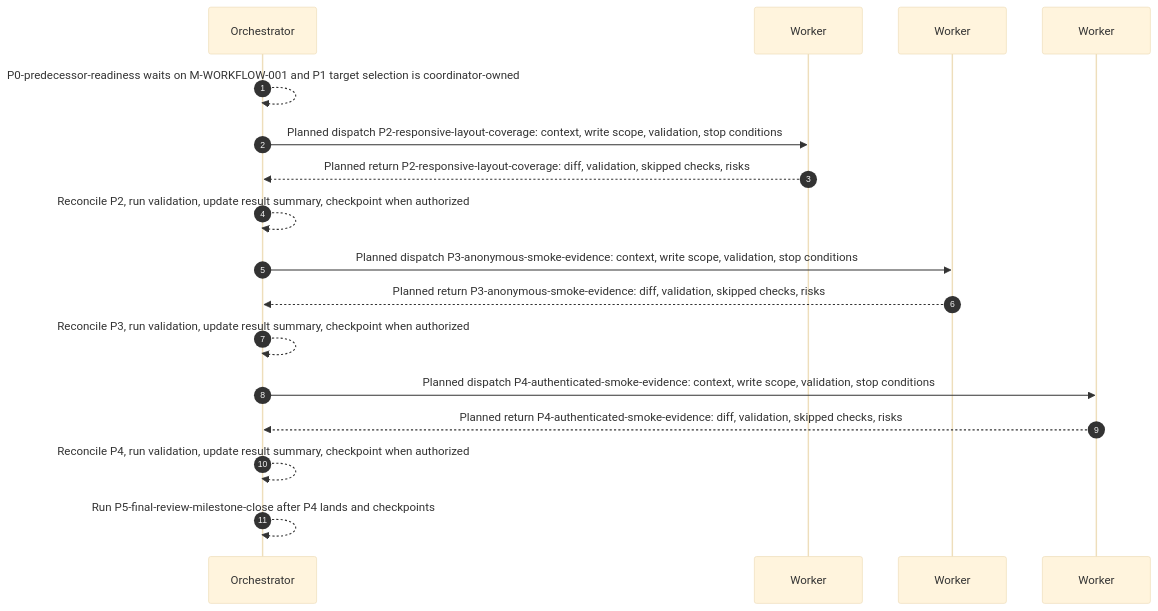
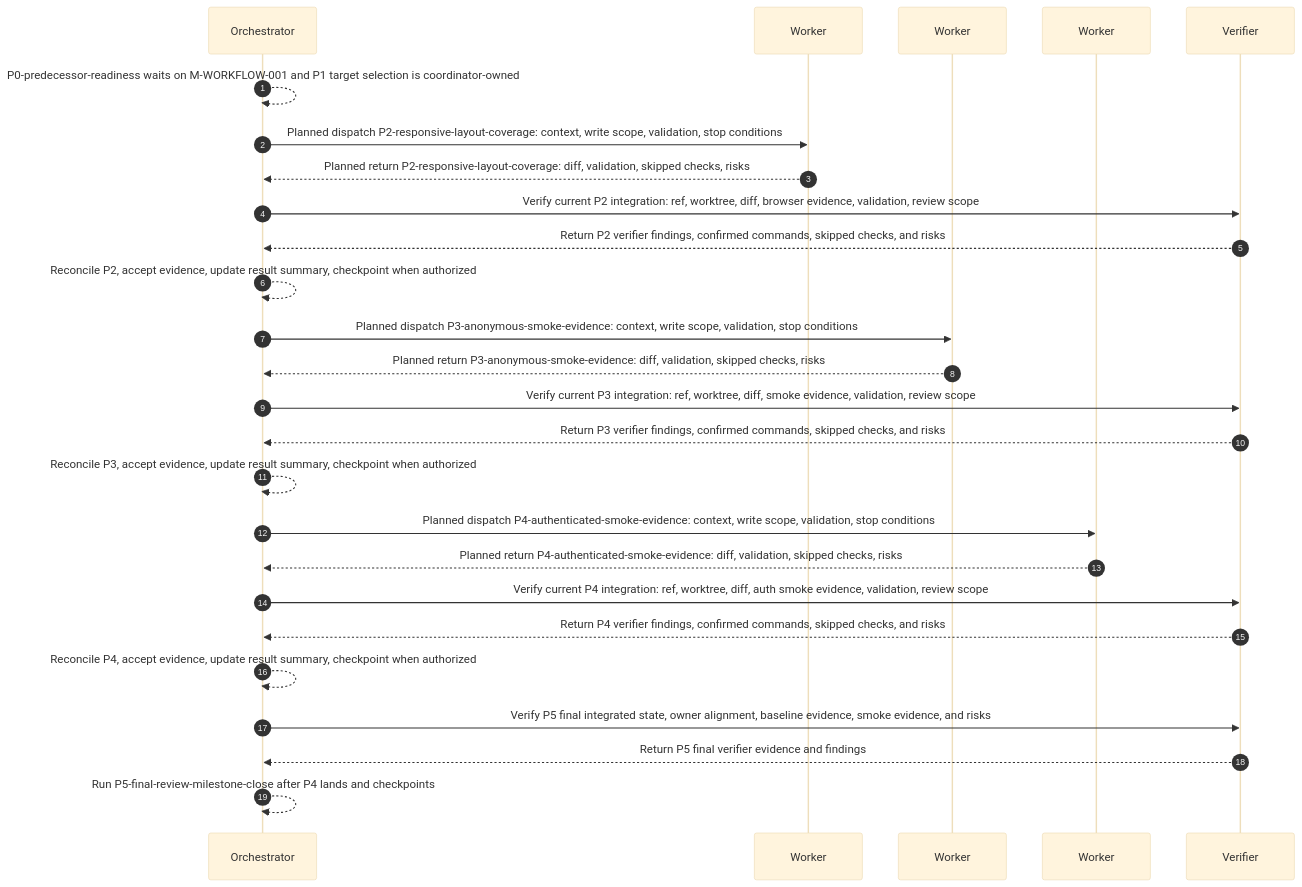
Before and after one commit to kamkie/technical-interview-frontend: the diagram in .agents/plans/PLAN_responsive_layout_smoke_evidence.md, drawn with Mermaid (base theme). The commit also changed other lines of this file, not shown here.

Commit message:
docs(plans): update responsive layout smoke evidence plan with clean verifier workflow and progress tracker adjustments

````diff
--- a/.agents/plans/PLAN_responsive_layout_smoke_evidence.md
+++ b/.agents/plans/PLAN_responsive_layout_smoke_evidence.md
@@ -591,24 +611,33 @@
 ```mermaid
 sequenceDiagram
     autonumber
     participant O as Orchestrator
     participant W1 as Worker
     participant W2 as Worker
     participant W3 as Worker
+    participant V as Verifier
 
     O-->>O: P0-predecessor-readiness waits on M-WORKFLOW-001 and P1 target selection is coordinator-owned
 
     O->>W1: Planned dispatch P2-responsive-layout-coverage: context, write scope, validation, stop conditions
     W1-->>O: Planned return P2-responsive-layout-coverage: diff, validation, skipped checks, risks
-    O-->>O: Reconcile P2, run validation, update result summary, checkpoint when authorized
+    O->>V: Verify current P2 integration: ref, worktree, diff, browser evidence, validation, review scope
+    V-->>O: Return P2 verifier findings, confirmed commands, skipped checks, and risks
+    O-->>O: Reconcile P2, accept evidence, update result summary, checkpoint when authorized
 
     O->>W2: Planned dispatch P3-anonymous-smoke-evidence: context, write scope, validation, stop conditions
     W2-->>O: Planned return P3-anonymous-smoke-evidence: diff, validation, skipped checks, risks
-    O-->>O: Reconcile P3, run validation, update result summary, checkpoint when authorized
+    O->>V: Verify current P3 integration: ref, worktree, diff, smoke evidence, validation, review scope
+    V-->>O: Return P3 verifier findings, confirmed commands, skipped checks, and risks
+    O-->>O: Reconcile P3, accept evidence, update result summary, checkpoint when authorized
 
     O->>W3: Planned dispatch P4-authenticated-smoke-evidence: context, write scope, validation, stop conditions
     W3-->>O: Planned return P4-authenticated-smoke-evidence: diff, validation, skipped checks, risks
-    O-->>O: Reconcile P4, run validation, update result summary, checkpoint when authorized
+    O->>V: Verify current P4 integration: ref, worktree, diff, auth smoke evidence, validation, review scope
+    V-->>O: Return P4 verifier findings, confirmed commands, skipped checks, and risks
+    O-->>O: Reconcile P4, accept evidence, update result summary, checkpoint when authorized
 
+    O->>V: Verify P5 final integrated state, owner alignment, baseline evidence, smoke evidence, and risks
+    V-->>O: Return P5 final verifier evidence and findings
     O-->>O: Run P5-final-review-milestone-close after P4 lands and checkpoints
 ```
````
